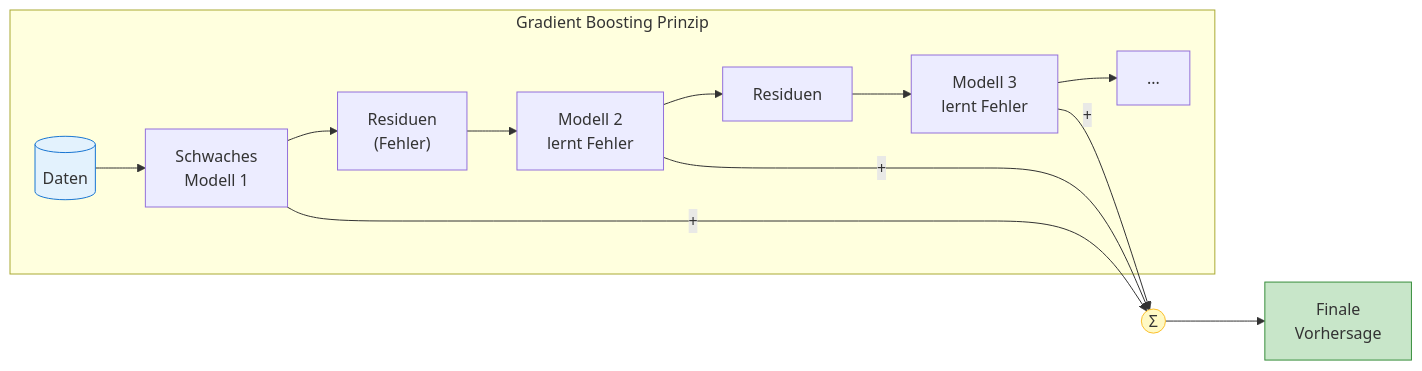
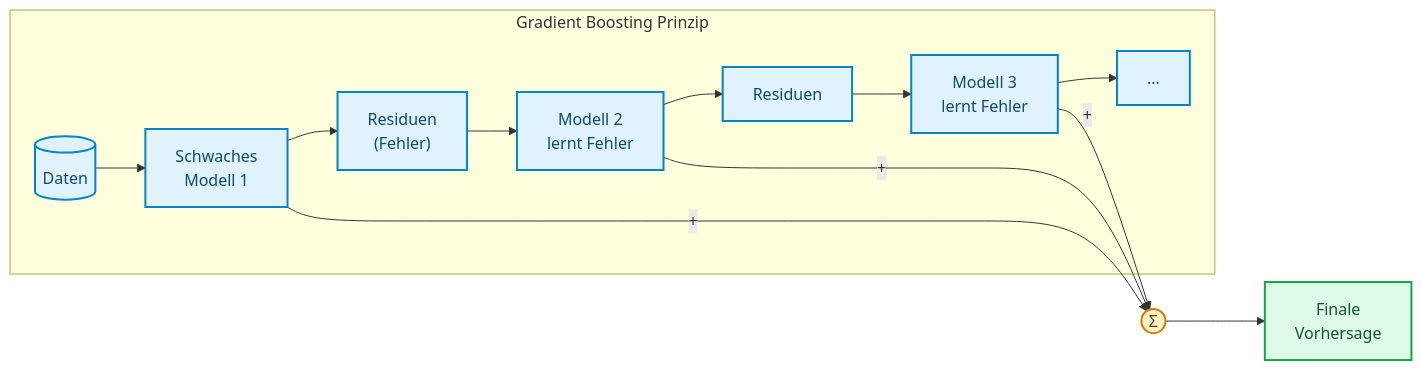
The first of 5 diagrams in docs/concepts/modeling/xgboost.md (ralf-42/ML_Intro), drawn with Mermaid before and after one commit. The commit also changed other lines of this file and 67 other files, not shown here.

````diff
--- a/docs/concepts/modeling/xgboost.md
+++ b/docs/concepts/modeling/xgboost.md
@@ -31,21 +31,23 @@
 ```mermaid
 flowchart LR
     subgraph GB["Gradient Boosting Prinzip"]
         D[("Daten")] --> M1["Schwaches<br>Modell 1"]
         M1 --> R1["Residuen<br>(Fehler)"]
         R1 --> M2["Modell 2<br>lernt Fehler"]
         M2 --> R2["Residuen"]
         R2 --> M3["Modell 3<br>lernt Fehler"]
         M3 --> RN["..."]
     end
     
     M1 --> |"+"|SUM((Σ))
     M2 --> |"+"|SUM
     M3 --> |"+"|SUM
     
     SUM --> P["Finale<br>Vorhersage"]
-    
-    style D fill:#e3f2fd,stroke:#1976d2
-    style SUM fill:#fff9c4,stroke:#fbc02d
-    style P fill:#c8e6c9,stroke:#388e3c
+
+    classDef default fill:#e0f2fe,stroke:#0284c7,stroke-width:2px,color:#0c4a6e;
+    classDef metric fill:#fef3c7,stroke:#d97706,stroke-width:2px,color:#78350f;
+    classDef output fill:#dcfce7,stroke:#16a34a,stroke-width:2px,color:#14532d;
+    class SUM metric;
+    class P output;
 ```
````
